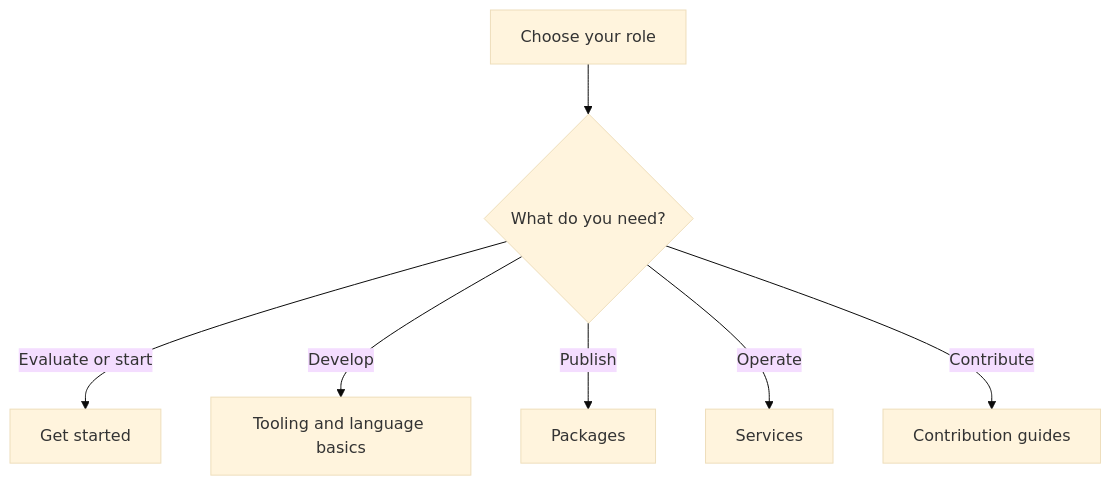
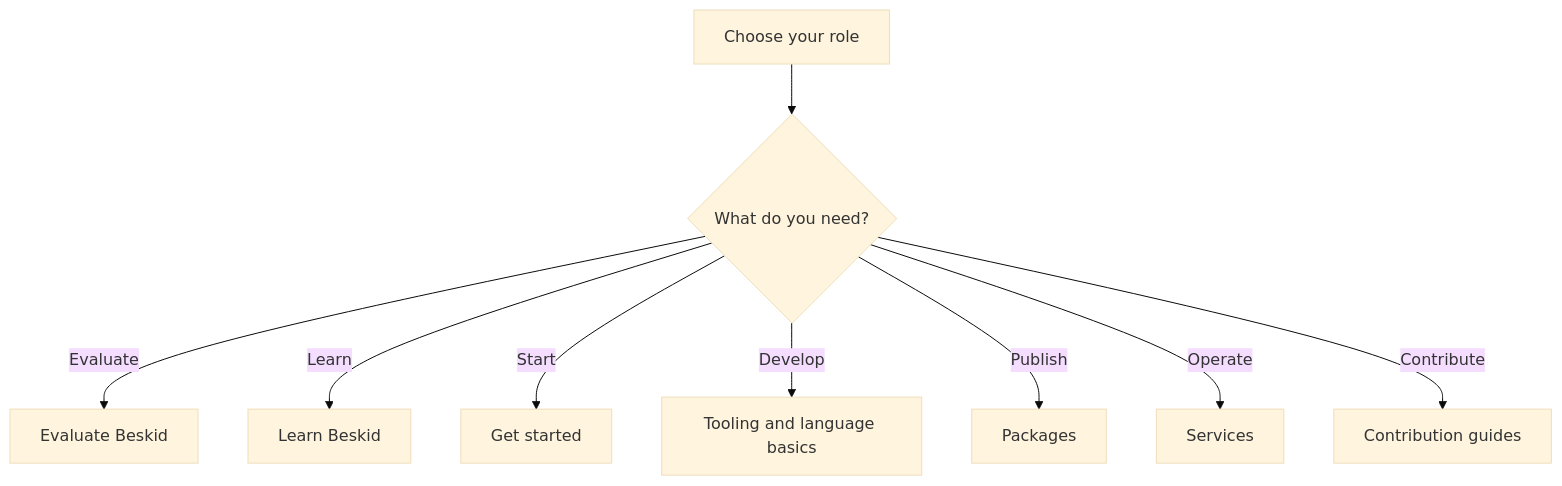
One commit to Cyber-Nomad-Collective/beskid changed the diagram in site/website/src/content/docs/docs/index.md. Above: the diagram before and after it, drawn with Mermaid (base theme). The commit also changed other lines of this file and 7 other files, not shown here.

````diff
--- a/site/website/src/content/docs/docs/index.md
+++ b/site/website/src/content/docs/docs/index.md
@@ -36,11 +36,13 @@
 ```mermaid
 flowchart TD
   accTitle: Audience routing
   accDescr: Route each reader role to its first technical task.
   A[Choose your role] --> B{What do you need?}
-  B -->|Evaluate or start| C[Get started]
-  B -->|Develop| D[Tooling and language basics]
-  B -->|Publish| E[Packages]
-  B -->|Operate| F[Services]
-  B -->|Contribute| G[Contribution guides]
+  B -->|Evaluate| C[Evaluate Beskid]
+  B -->|Learn| D[Learn Beskid]
+  B -->|Start| E[Get started]
+  B -->|Develop| F[Tooling and language basics]
+  B -->|Publish| G[Packages]
+  B -->|Operate| H[Services]
+  B -->|Contribute| I[Contribution guides]
 ```
````
